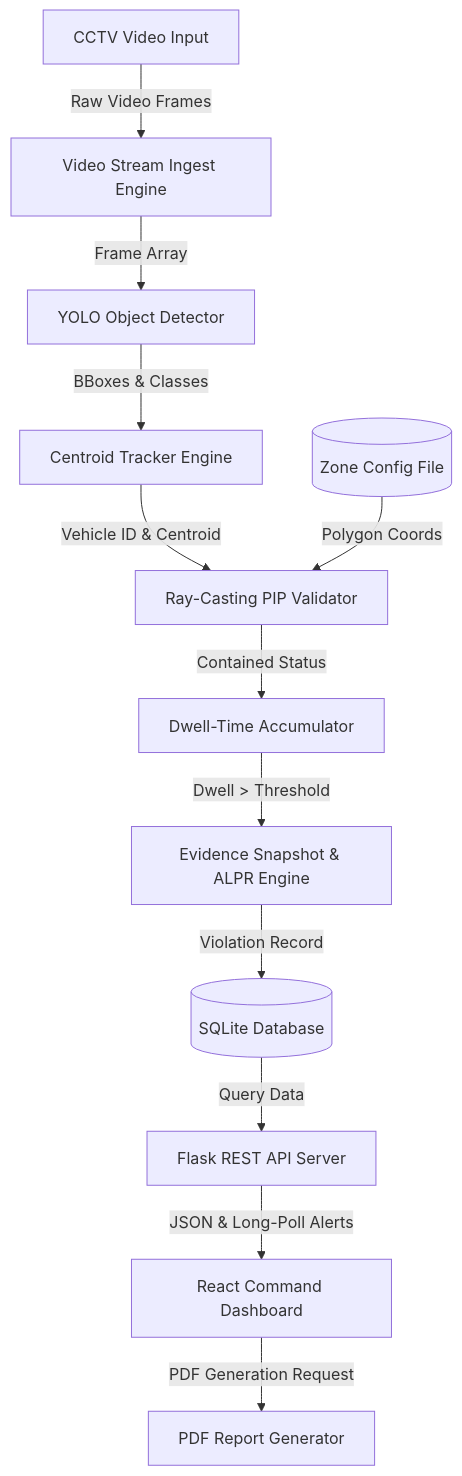
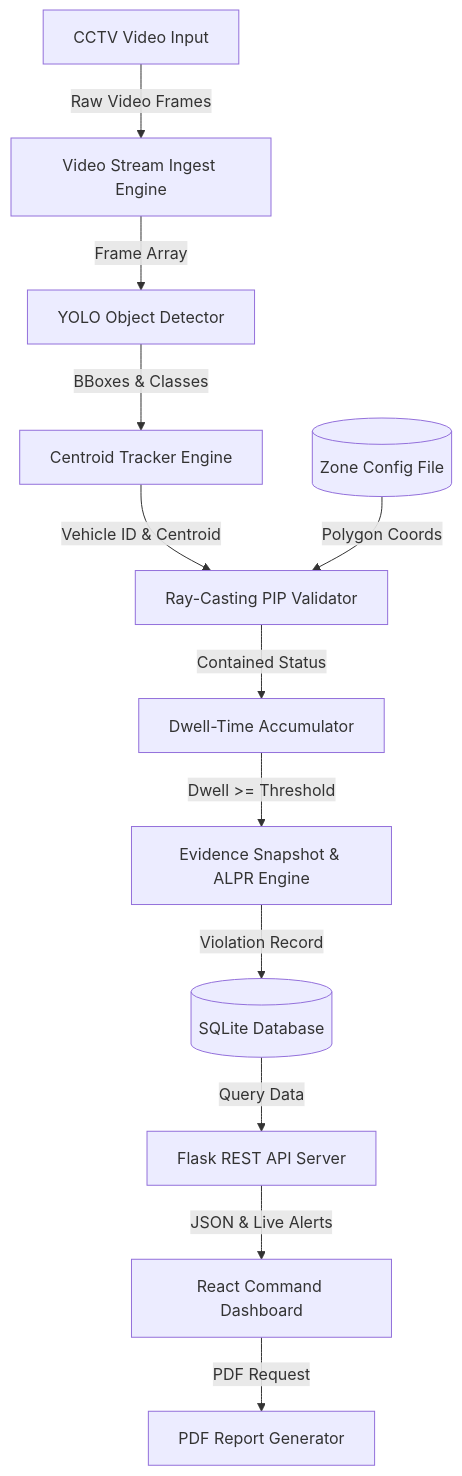
Before and after one commit to Chun-taro/AI-Powered-Yellow-Box-Zone-Violation-Monitoring-System: the fourth of 6 diagrams in docs/Revised_Research_Paper.md, drawn with Mermaid. The commit also changed other lines of this file, not shown here.

Commit message:
fix(docs): resolve GitHub Mermaid diagram syntax and LaTeX math parse errors

````diff
--- a/docs/Revised_Research_Paper.md
+++ b/docs/Revised_Research_Paper.md
@@ -477,14 +477,14 @@
 ```mermaid
 graph TD
-    Camera[CCTV Video Input] -->|Raw Video Frames| StreamEngine[Video Stream Ingest Engine]
-    StreamEngine -->|Frame Array| AIModule[YOLO Object Detector]
-    AIModule -->|BBoxes & Classes| Tracker[Centroid Tracker Engine]
-    Tracker -->|Vehicle ID & Centroid| SpatialEngine[Ray-Casting PIP Validator]
-    Config[(Zone Config File)] -->|Polygon Coords| SpatialEngine
-    SpatialEngine -->|Contained Status| DwellTimer[Dwell-Time Accumulator]
-    DwellTimer -->|Dwell > Threshold| SnapshotEngine[Evidence Snapshot & ALPR Engine]
-    SnapshotEngine -->|Violation Record| Database[(SQLite Database)]
-    Database -->|Query Data| APIBackend[Flask REST API Server]
-    APIBackend -->|JSON & Long-Poll Alerts| Dashboard[React Command Dashboard]
-    Dashboard -->|PDF Generation Request| ReportEngine[PDF Report Generator]
+    Camera["CCTV Video Input"] -->|"Raw Video Frames"| StreamEngine["Video Stream Ingest Engine"]
+    StreamEngine -->|"Frame Array"| AIModule["YOLO Object Detector"]
+    AIModule -->|"BBoxes & Classes"| Tracker["Centroid Tracker Engine"]
+    Tracker -->|"Vehicle ID & Centroid"| SpatialEngine["Ray-Casting PIP Validator"]
+    Config[("Zone Config File")] -->|"Polygon Coords"| SpatialEngine
+    SpatialEngine -->|"Contained Status"| DwellTimer["Dwell-Time Accumulator"]
+    DwellTimer -->|"Dwell >= Threshold"| SnapshotEngine["Evidence Snapshot & ALPR Engine"]
+    SnapshotEngine -->|"Violation Record"| Database[("SQLite Database")]
+    Database -->|"Query Data"| APIBackend["Flask REST API Server"]
+    APIBackend -->|"JSON & Live Alerts"| Dashboard["React Command Dashboard"]
+    Dashboard -->|"PDF Request"| ReportEngine["PDF Report Generator"]
 ```
````
